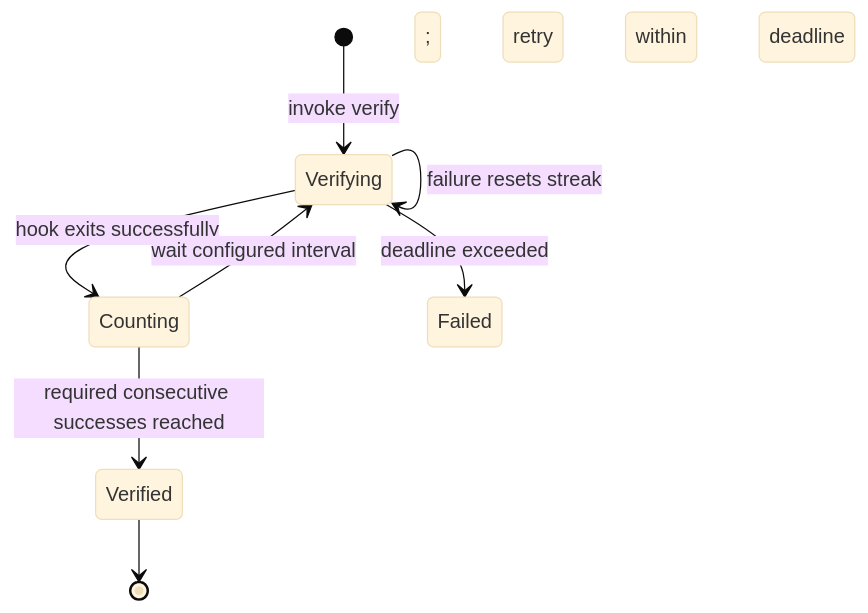
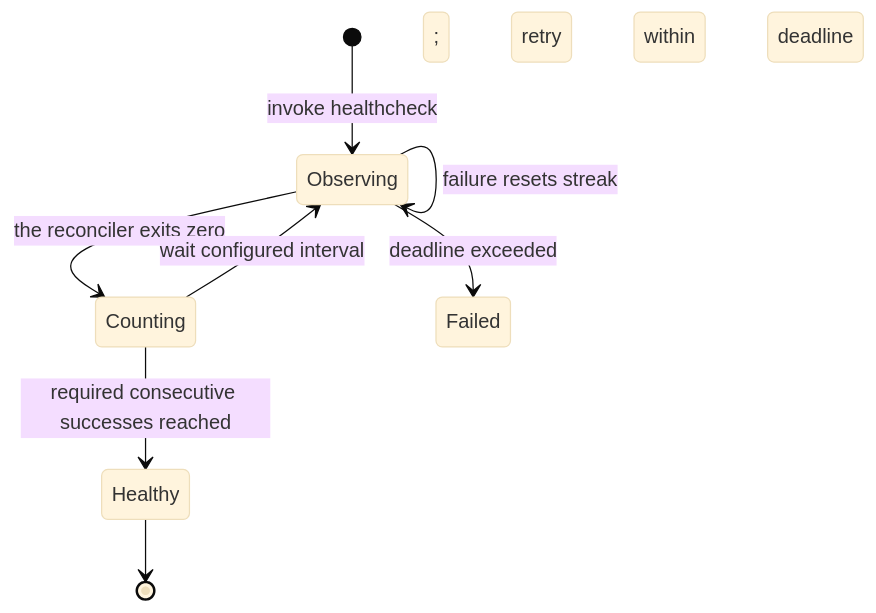
The ninth of 13 diagrams in docs/state-machines.md (evan-hines-js/updatedc), drawn with Mermaid (base theme) before and after one commit. The commit also changed other lines of this file and 66 other files, not shown here.

````diff
--- a/docs/state-machines.md
+++ b/docs/state-machines.md
@@ -299,10 +301,10 @@
 ```mermaid
 stateDiagram-v2
-    [*] --> Verifying: invoke verify
-    Verifying --> Counting: hook exits successfully
-    Verifying --> Verifying: failure resets streak; retry within deadline
-    Counting --> Verified: required consecutive successes reached
-    Counting --> Verifying: wait configured interval
-    Verifying --> Failed: deadline exceeded
-    Verified --> [*]
+    [*] --> Observing: invoke healthcheck
+    Observing --> Counting: the reconciler exits zero
+    Observing --> Observing: failure resets streak; retry within deadline
+    Counting --> Healthy: required consecutive successes reached
+    Counting --> Observing: wait configured interval
+    Observing --> Failed: deadline exceeded
+    Healthy --> [*]
 ```
````
